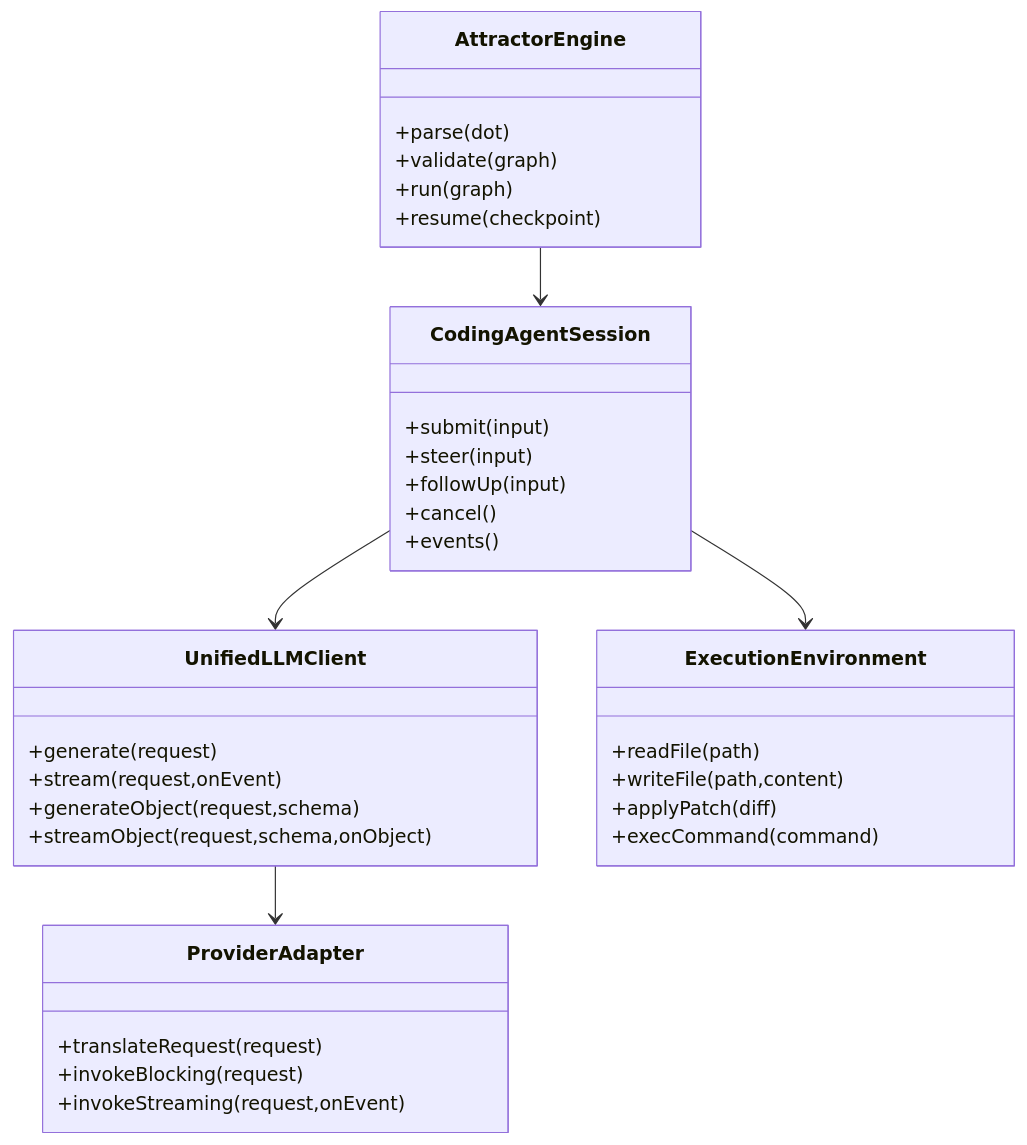
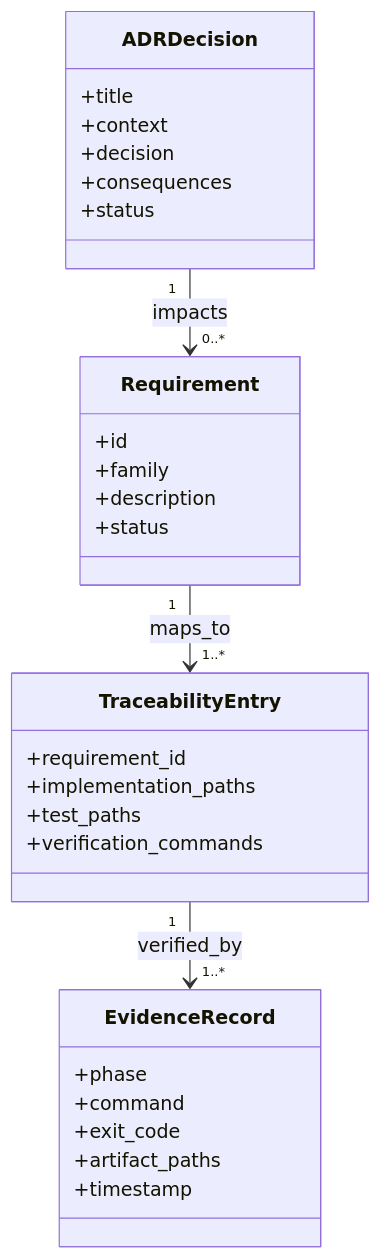
One commit to jaytaylor/attractor-tcl changed the first of 5 diagrams in docs/sprints/SPRINT-003-comprehensive-implementation-plan.md. Above: the diagram before and after it, drawn with Mermaid. The commit also changed other lines of this file, not shown here.

Commit message:
docs(sprint-003): mark implementation plan complete with verified evidence

````diff
--- a/docs/sprints/SPRINT-003-comprehensive-implementation-plan.md
+++ b/docs/sprints/SPRINT-003-comprehensive-implementation-plan.md
@@ -1140,37 +1030,32 @@
 ```mermaid
 classDiagram
-  class UnifiedLLMClient {
-    +generate(request)
-    +stream(request,onEvent)
-    +generateObject(request,schema)
-    +streamObject(request,schema,onObject)
-  }
-  class ProviderAdapter {
-    +translateRequest(request)
-    +invokeBlocking(request)
-    +invokeStreaming(request,onEvent)
-  }
-  class CodingAgentSession {
-    +submit(input)
-    +steer(input)
-    +followUp(input)
-    +cancel()
-    +events()
-  }
-  class ExecutionEnvironment {
-    +readFile(path)
-    +writeFile(path,content)
-    +applyPatch(diff)
-    +execCommand(command)
-  }
-  class AttractorEngine {
-    +parse(dot)
-    +validate(graph)
-    +run(graph)
-    +resume(checkpoint)
-  }
-  UnifiedLLMClient --> ProviderAdapter
-  CodingAgentSession --> UnifiedLLMClient
-  CodingAgentSession --> ExecutionEnvironment
-  AttractorEngine --> CodingAgentSession
+    class Requirement {
+      +id
+      +family
+      +description
+      +status
+    }
+    class TraceabilityEntry {
+      +requirement_id
+      +implementation_paths
+      +test_paths
+      +verification_commands
+    }
+    class EvidenceRecord {
+      +phase
+      +command
+      +exit_code
+      +artifact_paths
+      +timestamp
+    }
+    class ADRDecision {
+      +title
+      +context
+      +decision
+      +consequences
+      +status
+    }
+    Requirement "1" --> "1..*" TraceabilityEntry : maps_to
+    TraceabilityEntry "1" --> "1..*" EvidenceRecord : verified_by
+    ADRDecision "1" --> "0..*" Requirement : impacts
 ```
````
